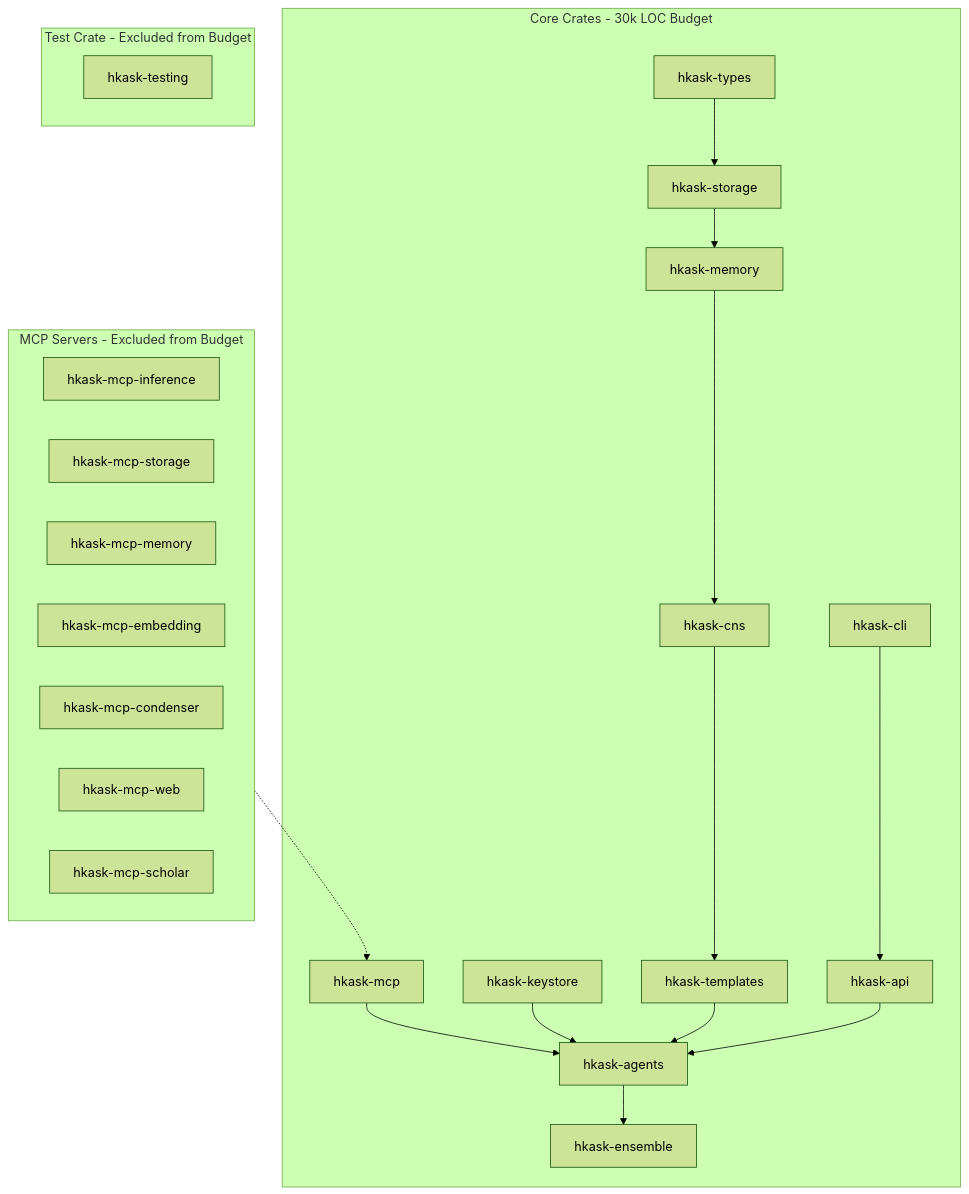
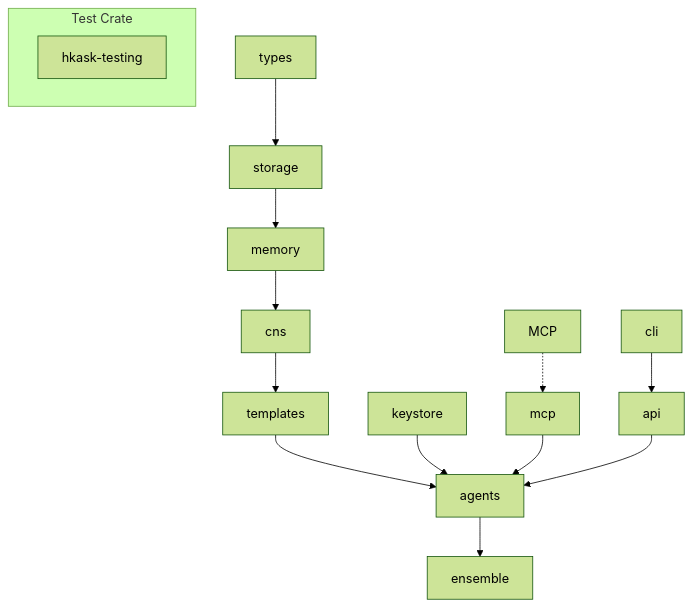
The diagram in docs/architecture/hKask-architecture-master.md (mdz-axo/hKask), drawn with Mermaid (forest theme) before and after one commit. The commit also changed other lines of this file and 29 other files, not shown here.

````diff
--- a/docs/architecture/hKask-architecture-master.md
+++ b/docs/architecture/hKask-architecture-master.md
@@ -50,43 +49,19 @@
 ```mermaid
 graph TB
-    subgraph Core[Core Crates - 30k LOC Budget]
-        types[hkask-types]
-        storage[hkask-storage]
-        memory[hkask-memory]
-        cns[hkask-cns]
-        templates[hkask-templates]
-        agents[hkask-agents]
-        ensemble[hkask-ensemble]
-        keystore[hkask-keystore]
-        mcp[hkask-mcp]
-        cli[hkask-cli]
-        api[hkask-api]
-    end
-    
-    subgraph MCP[MCP Servers - Excluded from Budget]
-        mcp_inf[hkask-mcp-inference]
-        mcp_store[hkask-mcp-storage]
-        mcp_mem[hkask-mcp-memory]
-        mcp_emb[hkask-mcp-embedding]
-        mcp_cond[hkask-mcp-condenser]
-        mcp_web[hkask-mcp-web]
-        mcp_sch[hkask-mcp-scholar]
-    end
-    
-    subgraph Test[Test Crate - Excluded from Budget]
+    subgraph Test[Test Crate]
         testing[hkask-testing]
     end
     
     types --> storage
     storage --> memory
     memory --> cns
     cns --> templates
     templates --> agents
     agents --> ensemble
     keystore --> agents
     mcp --> agents
     cli --> api
     api --> agents
     
     MCP -.-> mcp
 ```
````
